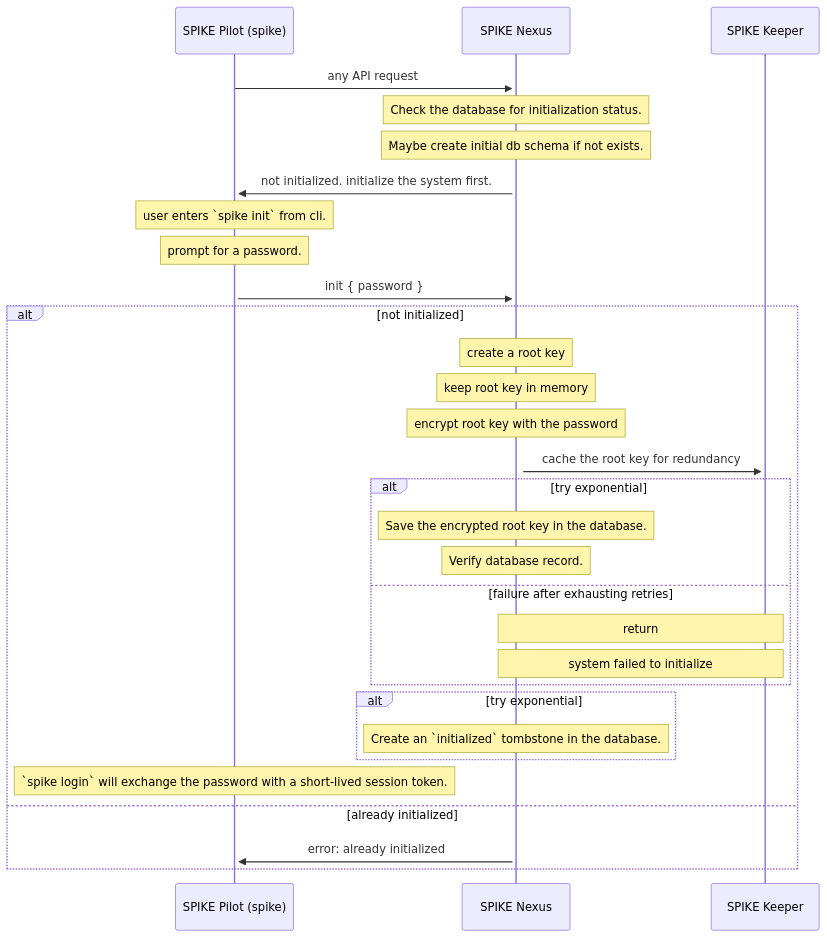
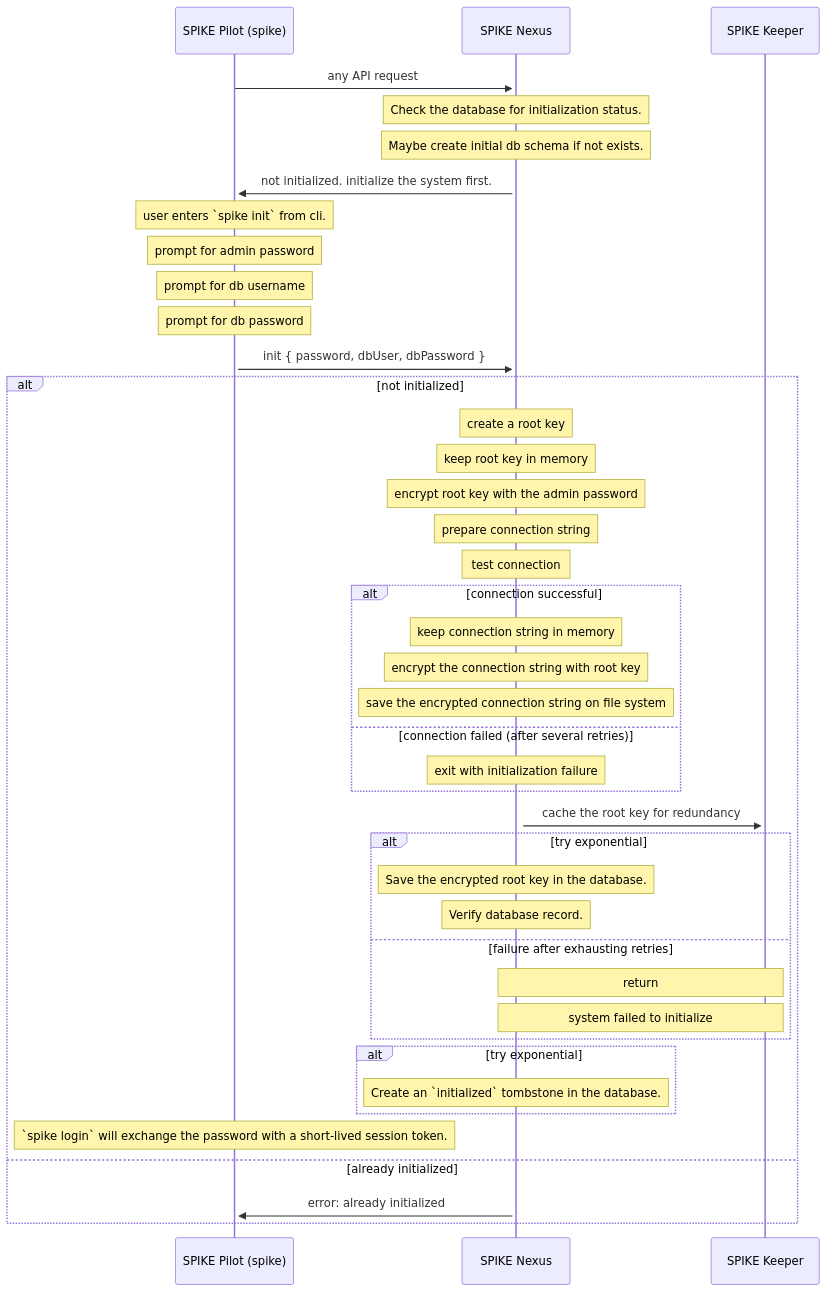
The second of 6 diagrams in ARCHITECTURE.md (zerotohero-dev/spike), drawn with Mermaid before and after one commit. The commit also changed 16 other files, not shown here.

````diff
--- a/ARCHITECTURE.md
+++ b/ARCHITECTURE.md
@@ -233,43 +233,57 @@
 ```mermaid
 sequenceDiagram
     participant P as SPIKE Pilot (spike)
     participant N as SPIKE Nexus
     participant K as SPIKE Keeper
 
     P->>+N: any API request
 
     Note over N: Check the database for initialization status.
     Note over N: Maybe create initial db schema if not exists.
 
     N->>+P: not initialized. initialize the system first.
 
     Note over P: user enters `spike init` from cli.
 
-    Note over P:  prompt for a password.
+    Note over P: prompt for admin password
+    Note over P: prompt for db username
+    Note over P: prompt for db password
 
-    P->>+N: init { password }
+    P->>+N: init { password, dbUser, dbPassword }
 
     alt not initialized
         Note over N: create a root key
         Note over N: keep root key in memory
-        Note over N: encrypt root key with the password
-
+        
+        Note over N: encrypt root key with the admin password
+        Note over N: prepare connection string 
+       
+        Note over N: test connection
+        
+        alt connection successful
+            Note over N: keep connection string in memory
+            Note over N: encrypt the connection string with root key
+            Note over N: save the encrypted connection string on file system
+        else connection failed (after several retries)
+            Note over N: exit with initialization failure
+        end
+        
         N->>+K: cache the root key for redundancy
 
         alt try exponential
             Note over N: Save the encrypted root key in the database.
             Note over N: Verify database record.
         else failure after exhausting retries
             Note over N,K: return
             Note over N,K: system failed to initialize
         end
        
         alt try exponential 
             Note over N: Create an `initialized` tombstone in the database.
         end
 
         Note over P: `spike login` will exchange the password with a short-lived session token.
     else already initialized
         N->>+P: error: already initialized
     end
 ```
````
